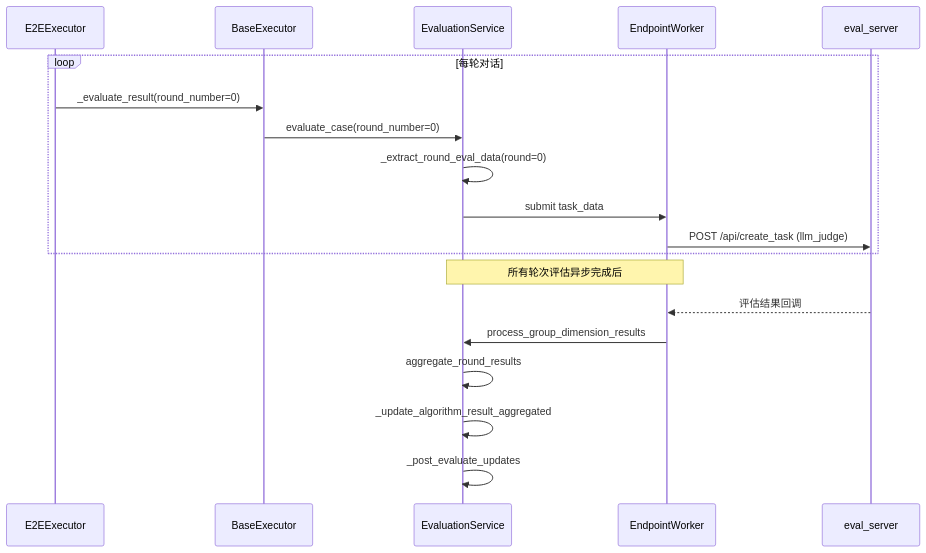
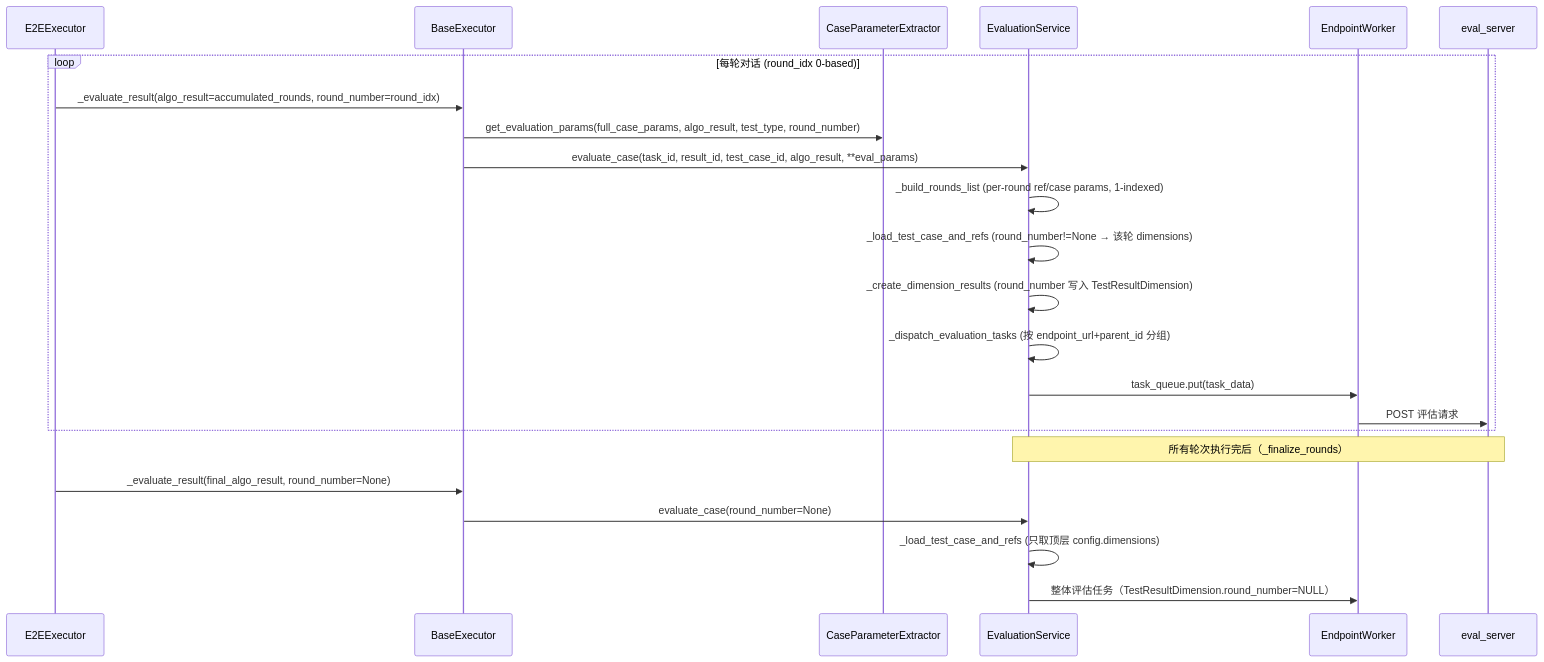
The diagram in Intelligent-Audio-TEST/doc/voice_llm/04_执行测试/backend/28_base_executor评估入队适配.md (ydz-auto/intelligent_audio_test), drawn with Mermaid before and after one commit. The commit also changed other lines of this file and 69 other files, not shown here.

````diff
--- a/Intelligent-Audio-TEST/doc/voice_llm/04_执行测试/backend/28_base_executor评估入队适配.md
+++ b/Intelligent-Audio-TEST/doc/voice_llm/04_执行测试/backend/28_base_executor评估入队适配.md
@@ -122,24 +214,28 @@
 ```mermaid
 sequenceDiagram
-    participant Executor as E2EExecutor
+    participant Ex as E2EExecutor
     participant Base as BaseExecutor
+    participant Extractor as CaseParameterExtractor
     participant ES as EvaluationService
     participant EW as EndpointWorker
     participant EvalServer as eval_server
 
-    loop 每轮对话
-        Executor->>Base: _evaluate_result(round_number=0)
-        Base->>ES: evaluate_case(round_number=0)
-        ES->>ES: _extract_round_eval_data(round=0)
-        ES->>EW: submit task_data
-        EW->>EvalServer: POST /api/create_task (llm_judge)
+    loop 每轮对话 (round_idx 0-based)
+        Ex->>Base: _evaluate_result(algo_result=accumulated_rounds, round_number=round_idx)
+        Base->>Extractor: get_evaluation_params(full_case_params, algo_result, test_type, round_number)
+        Base->>ES: evaluate_case(task_id, result_id, test_case_id, algo_result, **eval_params)
+        ES->>ES: _build_rounds_list (per-round ref/case params, 1-indexed)
+        ES->>ES: _load_test_case_and_refs (round_number!=None → 该轮 dimensions)
+        ES->>ES: _create_dimension_results (round_number 写入 TestResultDimension)
+        ES->>ES: _dispatch_evaluation_tasks (按 endpoint_url+parent_id 分组)
+        ES->>EW: task_queue.put(task_data)
+        EW->>EvalServer: POST 评估请求
     end
 
-    Note over ES,EW: 所有轮次评估异步完成后
+    Note over ES,EvalServer: 所有轮次执行完后（_finalize_rounds）
 
-    EvalServer-->>EW: 评估结果回调
-    EW->>ES: process_group_dimension_results
-    ES->>ES: aggregate_round_results
-    ES->>ES: _update_algorithm_result_aggregated
-    ES->>ES: _post_evaluate_updates
+    Ex->>Base: _evaluate_result(final_algo_result, round_number=None)
+    Base->>ES: evaluate_case(round_number=None)
+    ES->>ES: _load_test_case_and_refs (只取顶层 config.dimensions)
+    ES->>EW: 整体评估任务（TestResultDimension.round_number=NULL）
 ```
````
